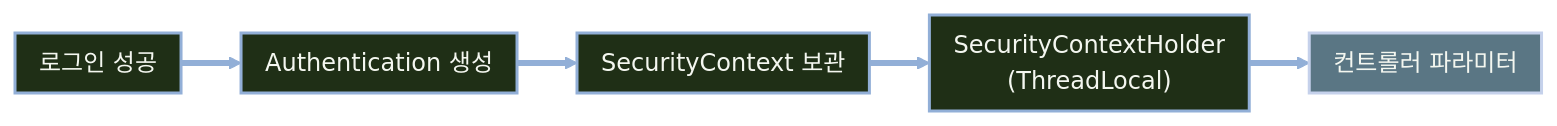
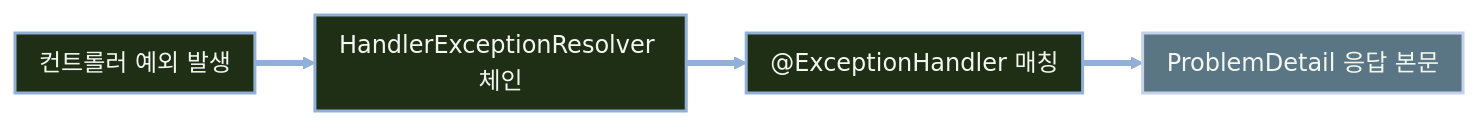
Before and after one commit to qus0in/slide-maker: the second of 3 diagrams in slides.md, drawn with Mermaid. The commit also changed other lines of this file, not shown here.

````diff
--- a/slides.md
+++ b/slides.md
@@ -127,24 +166,23 @@
 ```mermaid
 ---
 config:
   themeVariables:
     lineColor: "#92AFD7"
     arrowheadColor: "#92AFD7"
     edgeLabelBackground: "#1F2F16"
   flowchart:
     padding: 8
     nodeSpacing: 40
     rankSpacing: 40
 ---
 flowchart LR
-  A["로그인 성공"] --> B["Authentication 생성"]
-  B --> C["SecurityContext 보관"]
-  C --> D["SecurityContextHolder<br/>(ThreadLocal)"]
-  D --> E["컨트롤러 파라미터"]
+  A["컨트롤러 예외 발생"] --> B["HandlerExceptionResolver 체인"]
+  B --> C["@ExceptionHandler 매칭"]
+  C --> D["ProblemDetail 응답 본문"]
 
-  class A,B,C,D step
-  class E result
+  class A,B,C step
+  class D result
   classDef step fill:#1F2F16,stroke:#92AFD7,color:#F4F7F0,stroke-width:2px
   classDef result fill:#5A7684,stroke:#C5D1EB,color:#F4F7F0,stroke-width:2px
   linkStyle default stroke:#92AFD7,stroke-width:4px
 ```
````
